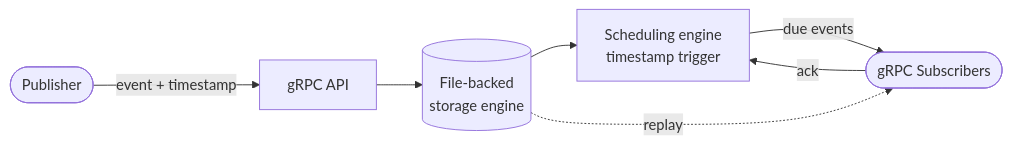
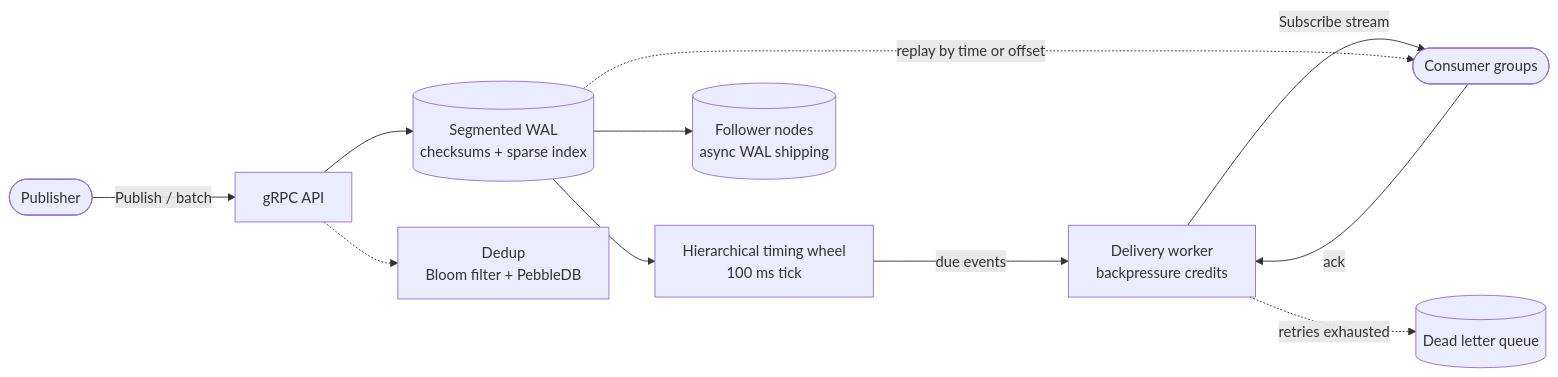
One commit to jatin711-debug/jatin711-debug changed the second of 3 diagrams in README.md. Above: the diagram before and after it, drawn with Mermaid. The commit also changed other lines of this file, not shown here.

````diff
--- a/README.md
+++ b/README.md
@@ -174,9 +177,13 @@
 ```mermaid
 flowchart LR
-    P([Publisher]) -->|event + timestamp| API[gRPC API]
-    API --> ST[("File-backed<br/>storage engine")]
-    ST --> SCH["Scheduling engine<br/>timestamp trigger"]
-    SCH -->|due events| SUB([gRPC Subscribers])
-    SUB -->|ack| SCH
-    ST -.->|replay| SUB
+    P([Publisher]) -->|"Publish / batch"| API[gRPC API]
+    API --> WAL[("Segmented WAL<br/>checksums + sparse index")]
+    API -.-> DD["Dedup<br/>Bloom filter + PebbleDB"]
+    WAL --> TW["Hierarchical timing wheel<br/>100 ms tick"]
+    TW -->|due events| DW["Delivery worker<br/>backpressure credits"]
+    DW -->|"Subscribe stream"| SUB([Consumer groups])
+    SUB -->|ack| DW
+    DW -.->|retries exhausted| DLQ[(Dead letter queue)]
+    WAL -.->|replay by time or offset| SUB
+    WAL --> F[("Follower nodes<br/>async WAL shipping")]
 ```
````
